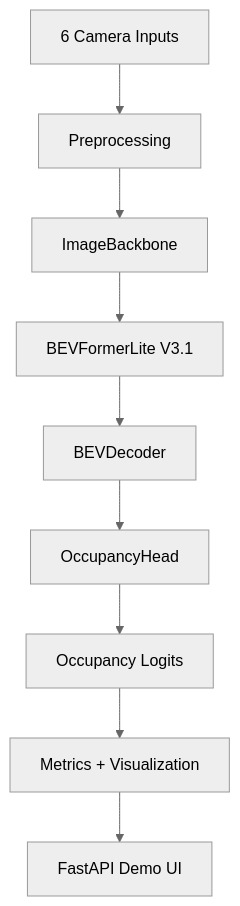
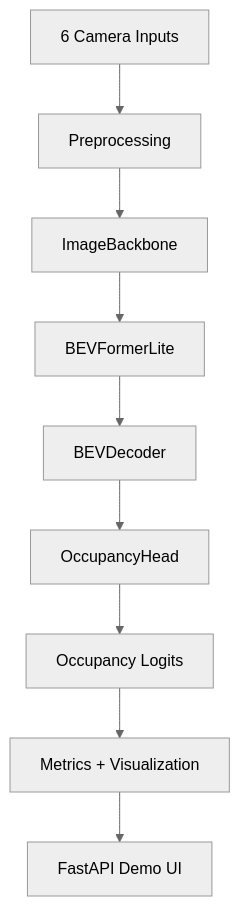
Before and after one commit to nirajj12/Bird-s-Eye-View-BEV-2D-Occupancy: the first of 2 diagrams in README.md, drawn with Mermaid (neutral theme). The commit also changed other lines of this file, not shown here.

````diff
--- a/README.md
+++ b/README.md
@@ -116,11 +139,11 @@
 ```mermaid
 flowchart TB
     A[6 Camera Inputs] --> B[Preprocessing]
     B --> C[ImageBackbone]
-    C --> D[BEVFormerLite V3.1]
+    C --> D[BEVFormerLite]
     D --> E[BEVDecoder]
     E --> F[OccupancyHead]
     F --> G[Occupancy Logits]
     G --> H[Metrics + Visualization]
     H --> I[FastAPI Demo UI]
 ```
````
